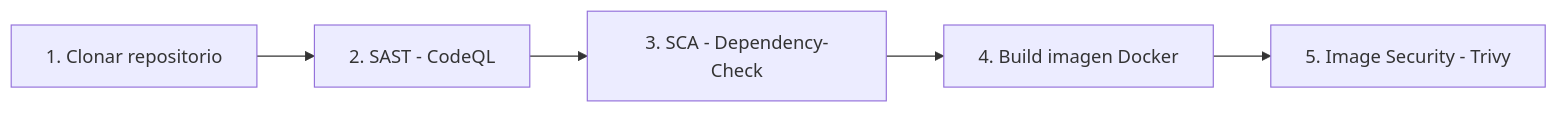
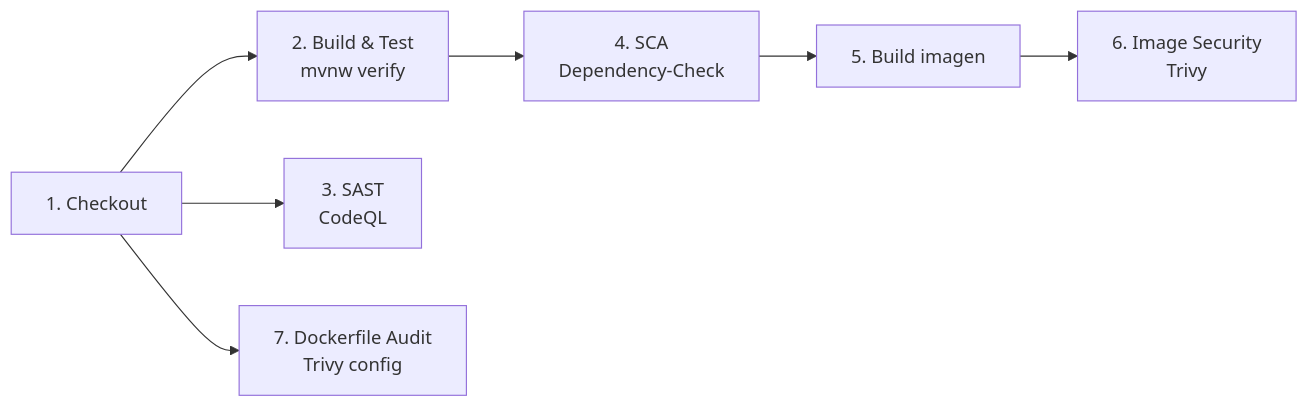
The diagram in README.md (daedov/pet-clinic), drawn with Mermaid before and after one commit. The commit also changed other lines of this file, not shown here.

````diff
--- a/README.md
+++ b/README.md
@@ -17,7 +11,9 @@
 ```mermaid
 flowchart LR
-    A[1. Clonar repositorio] --> B[2. SAST - CodeQL]
-    B --> C[3. SCA - Dependency-Check]
-    C --> D[4. Build imagen Docker]
-    D --> E[5. Image Security - Trivy]
+    CO[1. Checkout] --> BT[2. Build & Test<br/>mvnw verify]
+    BT --> SCA[4. SCA<br/>Dependency-Check]
+    SCA --> IMG[5. Build imagen]
+    IMG --> TR[6. Image Security<br/>Trivy]
+    CO --> SAST[3. SAST<br/>CodeQL]
+    CO --> DF[7. Dockerfile Audit<br/>Trivy config]
 ```
````
